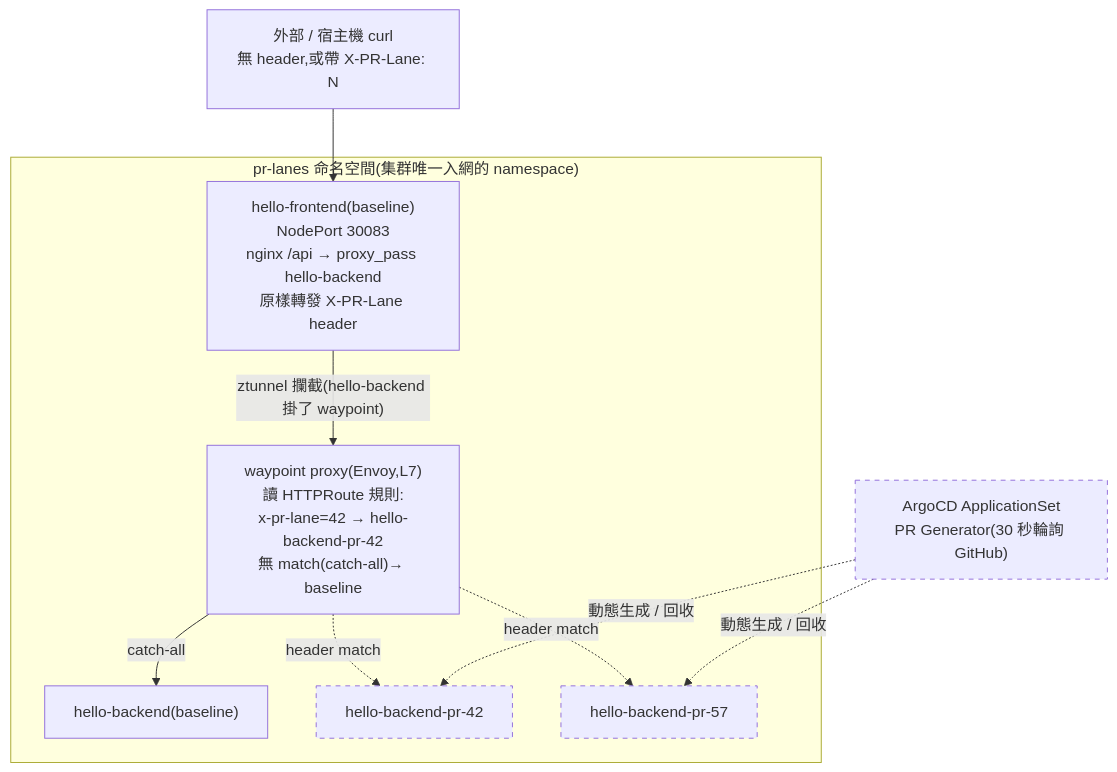
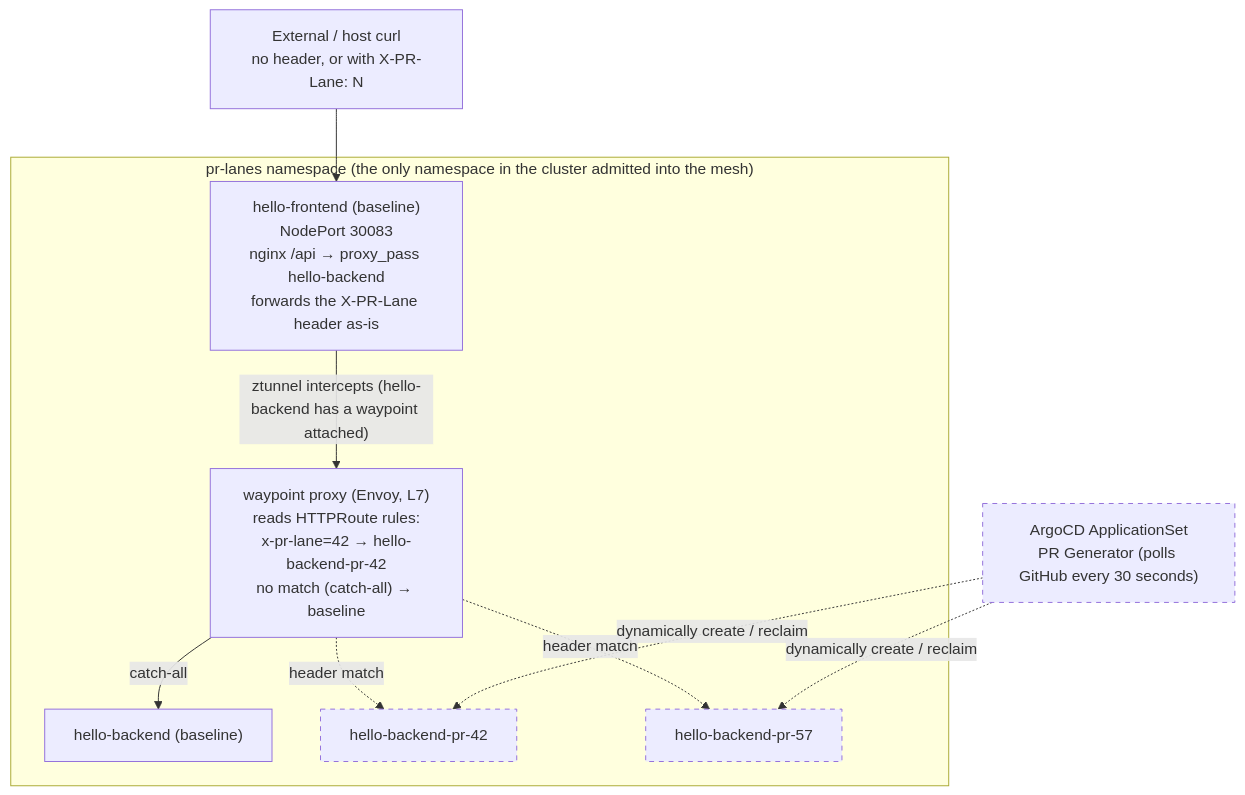
One commit to Jeromefromcn/docker-gitops changed the diagram in docs/misc/2026-08-19-k3s-phase-fg-pr-lanes-summary.md. Above: the diagram before and after it, drawn with Mermaid. The commit also changed other lines of this file and 155 other files, not shown here.

````diff
--- a/docs/misc/2026-08-19-k3s-phase-fg-pr-lanes-summary.md
+++ b/docs/misc/2026-08-19-k3s-phase-fg-pr-lanes-summary.md
@@ -21,25 +21,25 @@
 ```mermaid
 flowchart TD
-    Client["外部 / 宿主機 curl<br/>無 header,或帶 X-PR-Lane: N"]
+    Client["External / host curl<br/>no header, or with X-PR-Lane: N"]
 
-    subgraph mesh["pr-lanes 命名空間(集群唯一入網的 namespace)"]
-        Frontend["hello-frontend(baseline)<br/>NodePort 30083<br/>nginx /api → proxy_pass hello-backend<br/>原樣轉發 X-PR-Lane header"]
-        Waypoint["waypoint proxy(Envoy,L7)<br/>讀 HTTPRoute 規則:<br/>x-pr-lane=42 → hello-backend-pr-42<br/>無 match(catch-all)→ baseline"]
-        Baseline["hello-backend(baseline)"]
+    subgraph mesh["pr-lanes namespace (the only namespace in the cluster admitted into the mesh)"]
+        Frontend["hello-frontend (baseline)<br/>NodePort 30083<br/>nginx /api → proxy_pass hello-backend<br/>forwards the X-PR-Lane header as-is"]
+        Waypoint["waypoint proxy (Envoy, L7)<br/>reads HTTPRoute rules:<br/>x-pr-lane=42 → hello-backend-pr-42<br/>no match (catch-all) → baseline"]
+        Baseline["hello-backend (baseline)"]
         Lane42["hello-backend-pr-42"]
         Lane57["hello-backend-pr-57"]
     end
 
-    AppSet["ArgoCD ApplicationSet<br/>PR Generator(30 秒輪詢 GitHub)"]
+    AppSet["ArgoCD ApplicationSet<br/>PR Generator (polls GitHub every 30 seconds)"]
 
     Client --> Frontend
-    Frontend -- "ztunnel 攔截(hello-backend 掛了 waypoint)" --> Waypoint
+    Frontend -- "ztunnel intercepts (hello-backend has a waypoint attached)" --> Waypoint
     Waypoint -- "catch-all" --> Baseline
     Waypoint -. "header match" .-> Lane42
     Waypoint -. "header match" .-> Lane57
-    AppSet -. "動態生成 / 回收" .-> Lane42
-    AppSet -. "動態生成 / 回收" .-> Lane57
+    AppSet -. "dynamically create / reclaim" .-> Lane42
+    AppSet -. "dynamically create / reclaim" .-> Lane57
 
     classDef dynamic stroke-dasharray: 5 5
     class Lane42,Lane57,AppSet dynamic
 ```
````
